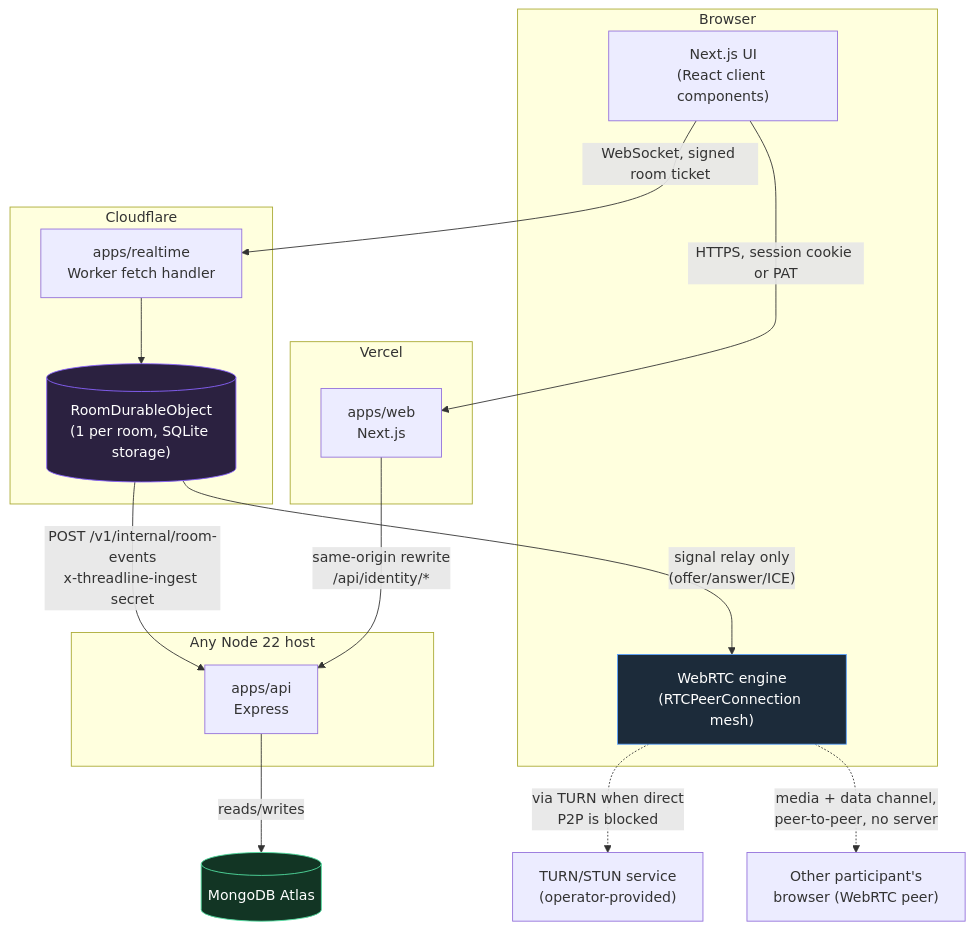
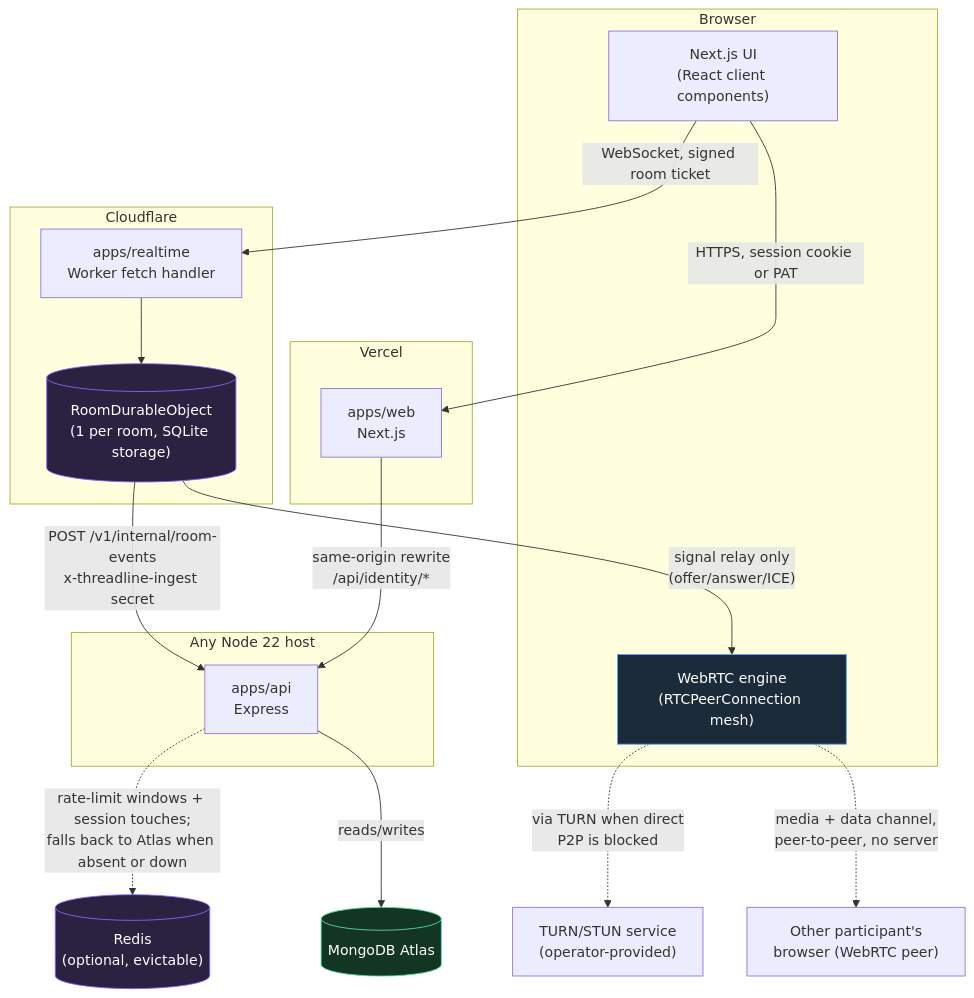
The first of 8 diagrams in docs/architecture.md (hoangsonww/Threadline-RealTime-Collab), drawn with Mermaid before and after one commit. The commit also changed other lines of this file and 17 other files, not shown here.

````diff
--- a/docs/architecture.md
+++ b/docs/architecture.md
@@ -28,38 +28,41 @@
 ```mermaid
 graph TB
     subgraph Client["Browser"]
         UI["Next.js UI<br/>(React client components)"]
         RTC["WebRTC engine<br/>(RTCPeerConnection mesh)"]
     end
 
     subgraph Vercel["Vercel"]
         WEB["apps/web<br/>Next.js"]
     end
 
     subgraph APIHost["Any Node 22 host"]
         API["apps/api<br/>Express"]
     end
 
     subgraph CF["Cloudflare"]
         WORKER["apps/realtime<br/>Worker fetch handler"]
         DO[("RoomDurableObject<br/>(1 per room, SQLite storage)")]
     end
 
     PEER["Other participant's<br/>browser (WebRTC peer)"]
     ATLAS[("MongoDB Atlas")]
+    REDIS[("Redis<br/>(optional, evictable)")]
     TURN["TURN/STUN service<br/>(operator-provided)"]
 
     UI -- "HTTPS, session cookie or PAT" --> WEB
     WEB -- "same-origin rewrite<br/>/api/identity/*" --> API
     UI -- "WebSocket, signed room ticket" --> WORKER
     WORKER --> DO
     DO -- "signal relay only<br/>(offer/answer/ICE)" --> RTC
     RTC -. "media + data channel,<br/>peer-to-peer, no server" .-> PEER
     RTC -. "via TURN when direct<br/>P2P is blocked" .-> TURN
     API -- "reads/writes" --> ATLAS
+    API -. "rate-limit windows + session touches;<br/>falls back to Atlas when absent or down" .-> REDIS
     DO -- "POST /v1/internal/room-events<br/>x-threadline-ingest secret" --> API
 
     style DO fill:#2b2140,stroke:#8a63ff,color:#fff
     style ATLAS fill:#123524,stroke:#52e0a2,color:#fff
+    style REDIS fill:#2b2140,stroke:#8a63ff,color:#fff
     style RTC fill:#1c2b3a,stroke:#5ca4ff,color:#fff
 ```
````
